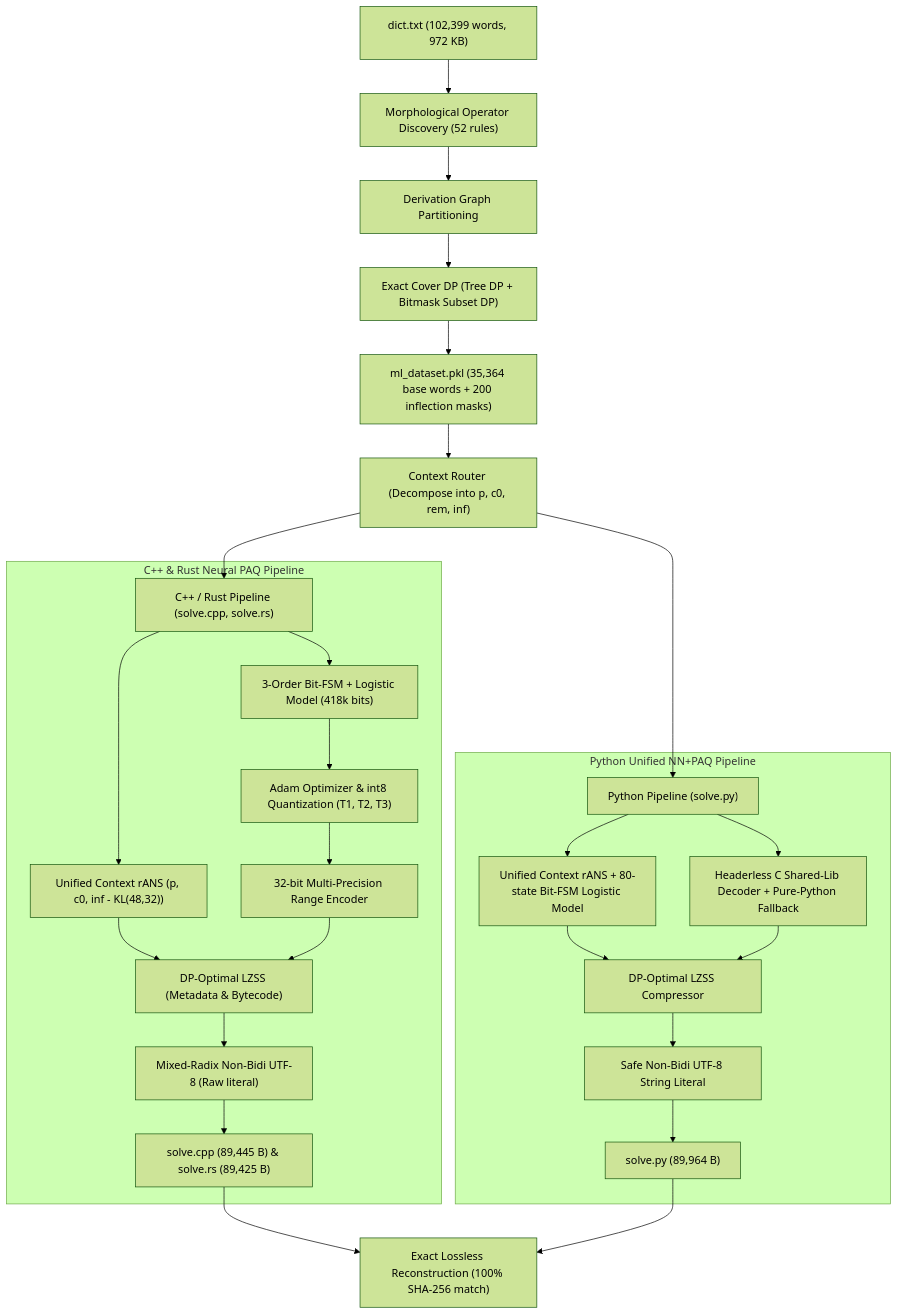
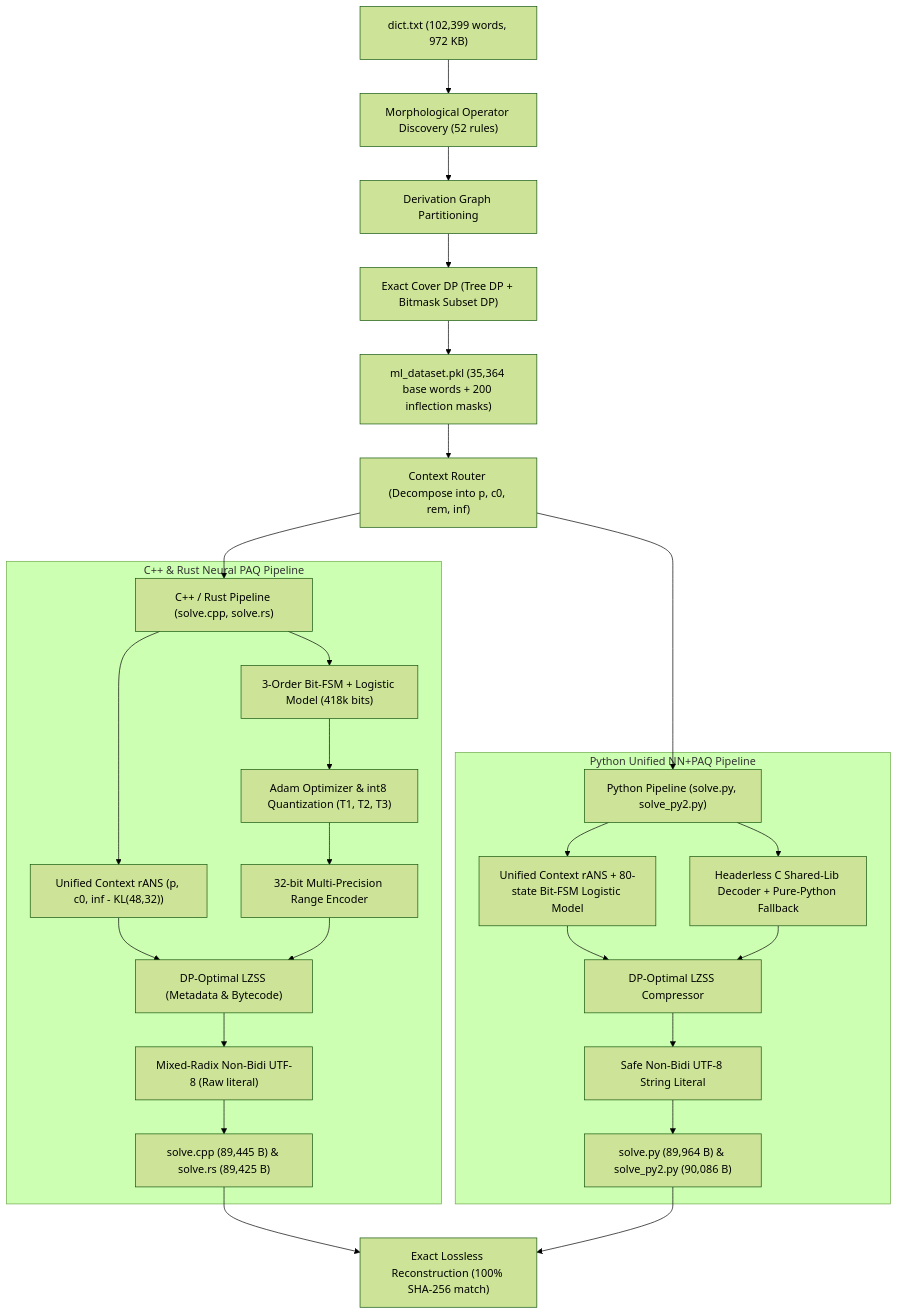
Before and after one commit to roblar658/workingButSlowMLDictionaryTrainingCompression: the first of 3 diagrams in README.md, drawn with Mermaid (forest theme). The commit also changed other lines of this file and 8 other files, not shown here.

Commit message:
Add standalone Python 2.7/3.x solver (solve_py2.py, <88 KiB), Py2 codegen support, tests, and docs

````diff
--- a/README.md
+++ b/README.md
@@ -28,33 +28,33 @@
 ```mermaid
 flowchart TD
     DICT["dict.txt (102,399 words, 972 KB)"] --> DISCOV["Morphological Operator Discovery (52 rules)"]
     DISCOV --> GRAPH["Derivation Graph Partitioning"]
     GRAPH --> COVER_DP["Exact Cover DP (Tree DP + Bitmask Subset DP)"]
     COVER_DP --> DATASET["ml_dataset.pkl (35,364 base words + 200 inflection masks)"]
 
     DATASET --> ROUTER["Context Router (Decompose into p, c0, rem, inf)"]
 
     ROUTER --> TARGET_CPP["C++ / Rust Pipeline (solve.cpp, solve.rs)"]
-    ROUTER --> TARGET_PY["Python Pipeline (solve.py)"]
+    ROUTER --> TARGET_PY["Python Pipeline (solve.py, solve_py2.py)"]
 
     subgraph "C++ & Rust Neural PAQ Pipeline"
         TARGET_CPP --> RANS_CPP["Unified Context rANS (p, c0, inf - KL(48,32))"]
         TARGET_CPP --> PAQ_CPP["3-Order Bit-FSM + Logistic Model (418k bits)"]
         PAQ_CPP --> ADAM_CPP["Adam Optimizer & int8 Quantization (T1, T2, T3)"]
         ADAM_CPP --> RANGE_CPP["32-bit Multi-Precision Range Encoder"]
         RANS_CPP & RANGE_CPP --> LZSS_CPP["DP-Optimal LZSS (Metadata & Bytecode)"]
         LZSS_CPP --> UTF8_CPP["Mixed-Radix Non-Bidi UTF-8 (Raw literal)"]
         UTF8_CPP --> SOLVE_CPP["solve.cpp (89,445 B) & solve.rs (89,425 B)"]
     end
 
     subgraph "Python Unified NN+PAQ Pipeline"
         TARGET_PY --> RANS_PY["Unified Context rANS + 80-state Bit-FSM Logistic Model"]
         TARGET_PY --> BRIDGE_PY["Headerless C Shared-Lib Decoder + Pure-Python Fallback"]
         RANS_PY & BRIDGE_PY --> LZSS_PY["DP-Optimal LZSS Compressor"]
         LZSS_PY --> UTF8_PY["Safe Non-Bidi UTF-8 String Literal"]
-        UTF8_PY --> SOLVE_PY["solve.py (89,964 B)"]
+        UTF8_PY --> SOLVE_PY["solve.py (89,964 B) & solve_py2.py (90,086 B)"]
     end
 
     SOLVE_CPP --> LOSSLESS["Exact Lossless Reconstruction (100% SHA-256 match)"]
     SOLVE_PY --> LOSSLESS
 ```
````
